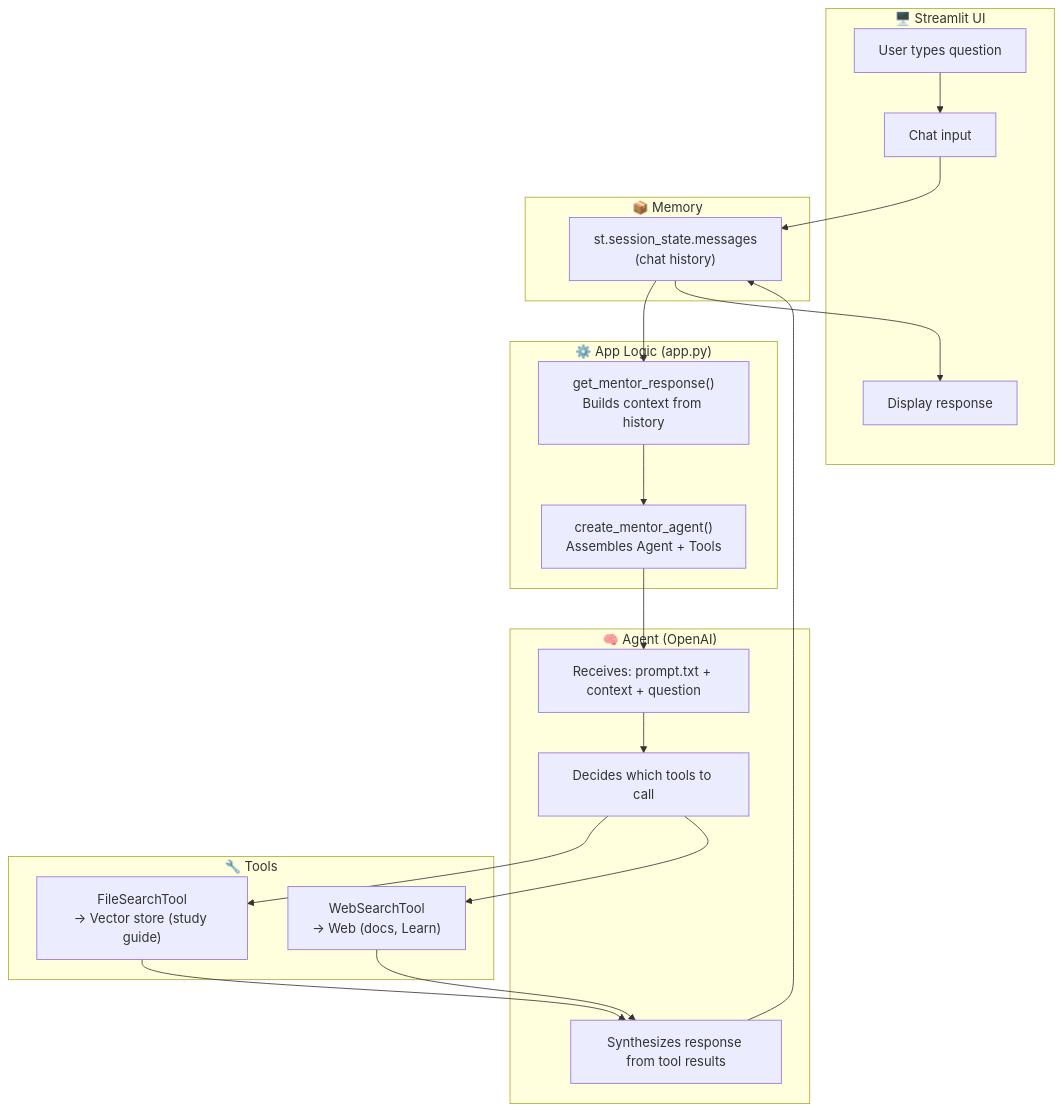
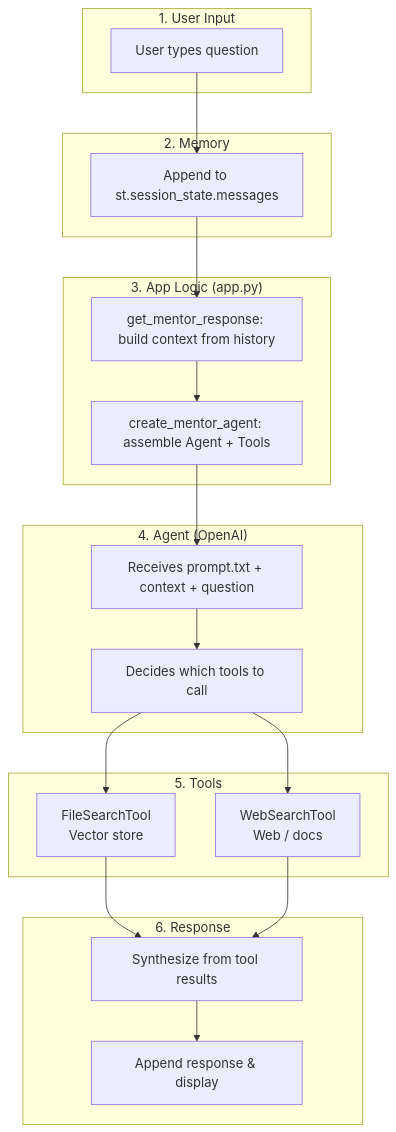
One commit to phphoebe/dbt-certification-mentor changed the first of 4 diagrams in docs/ARCHITECTURE.md. Above: the diagram before and after it, drawn with Mermaid. The commit also changed 1 other file, not shown here.

Commit message:
Minor Update

````diff
--- a/docs/ARCHITECTURE.md
+++ b/docs/ARCHITECTURE.md
@@ -9,41 +9,41 @@
 ```mermaid
 flowchart TB
-    subgraph UI["🖥️ Streamlit UI"]
+    subgraph Step1["1. User Input"]
         A[User types question]
-        B[Chat input]
-        C[Display response]
     end
 
-    subgraph Memory["📦 Memory"]
-        D["st.session_state.messages<br/>(chat history)"]
+    subgraph Step2["2. Memory"]
+        B["Append to st.session_state.messages"]
     end
 
-    subgraph AppLogic["⚙️ App Logic (app.py)"]
-        E["get_mentor_response()<br/>Builds context from history"]
-        F["create_mentor_agent()<br/>Assembles Agent + Tools"]
+    subgraph Step3["3. App Logic (app.py)"]
+        C["get_mentor_response: build context from history"]
+        D["create_mentor_agent: assemble Agent + Tools"]
     end
 
-    subgraph Agent["🧠 Agent (OpenAI)"]
-        G["Receives: prompt.txt + context + question"]
-        H["Decides which tools to call"]
-        I["Synthesizes response from tool results"]
+    subgraph Step4["4. Agent (OpenAI)"]
+        E["Receives prompt.txt + context + question"]
+        F["Decides which tools to call"]
     end
 
-    subgraph Tools["🔧 Tools"]
-        J["FileSearchTool<br/>→ Vector store (study guide)"]
-        K["WebSearchTool<br/>→ Web (docs, Learn)"]
+    subgraph Step5["5. Tools"]
+        G["FileSearchTool<br/>Vector store"]
+        H["WebSearchTool<br/>Web / docs"]
+    end
+
+    subgraph Step6["6. Response"]
+        I["Synthesize from tool results"]
+        J["Append response & display"]
     end
 
     A --> B
-    B --> D
+    B --> C
+    C --> D
     D --> E
     E --> F
     F --> G
-    G --> H
-    H --> J
-    H --> K
-    J --> I
-    K --> I
-    I --> D
-    D --> C
+    F --> H
+    G --> I
+    H --> I
+    I --> J
 ```
````
